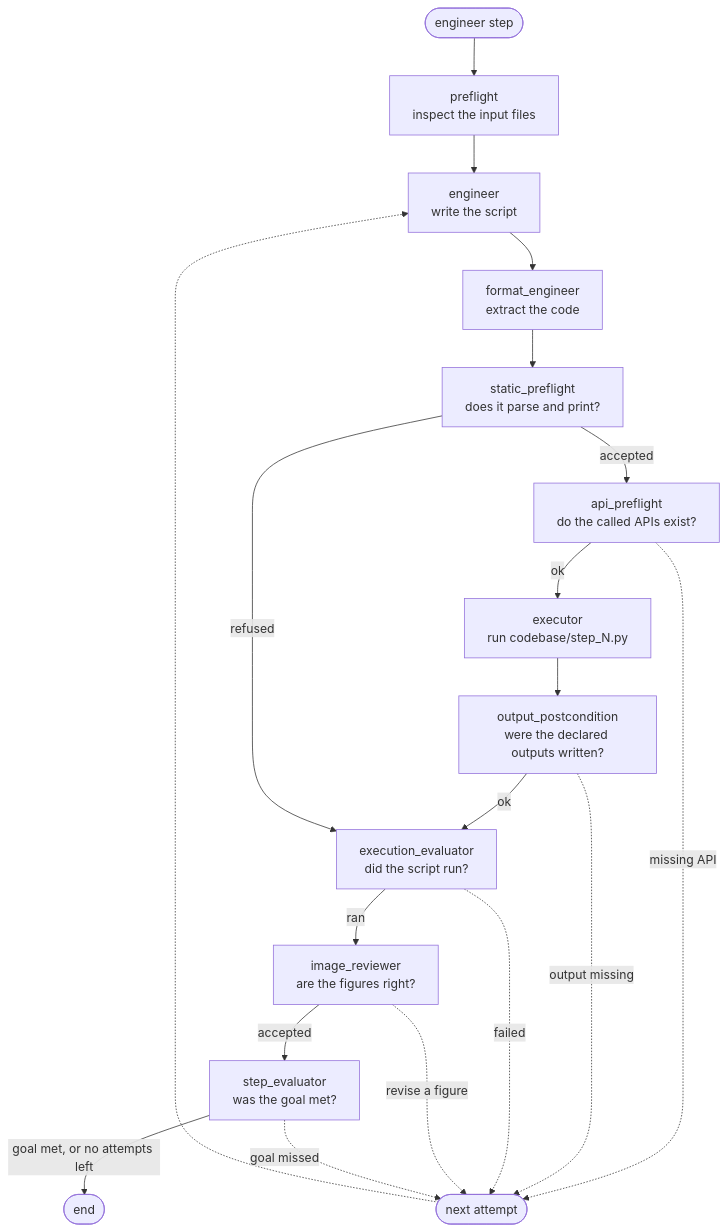
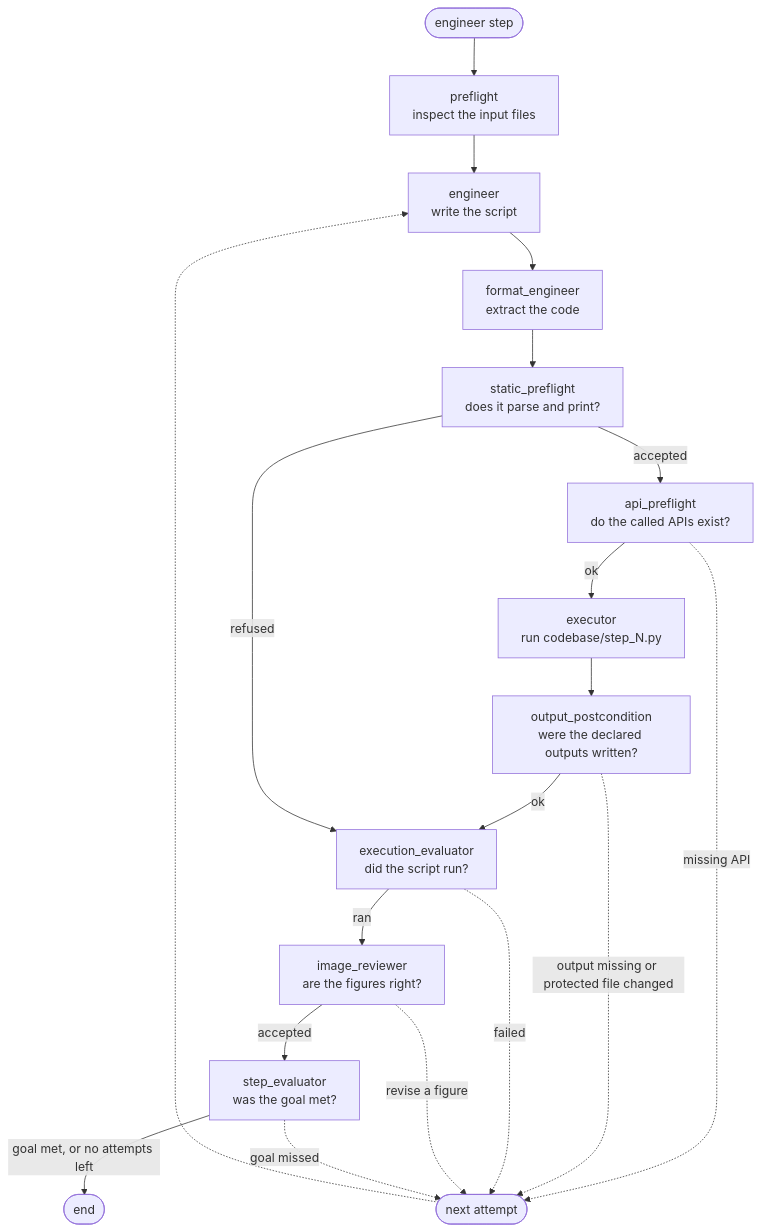
One commit to CMBAgents/cmbagent changed the fourth of 6 diagrams in README.md. Above: the diagram before and after it, drawn with Mermaid. The commit also changed other lines of this file and 1 other file, not shown here.

Commit message:
docs: output_postcondition reads declared, protected and unsure paths, accepts a file a clean earlier attempt saved, and defers to the step evaluator
ARCHITECTURE.md describes the four parts (how a sentence is read, the bounce for a changed protected file, the
earlier-attempt rule and what still does not count, the arbitration and its limit: attempts already used are not
given back). README.md updates the node's row and the retry edge.

````diff
--- a/README.md
+++ b/README.md
@@ -137,21 +137,21 @@
 ```mermaid
 flowchart TD
     start(["engineer step"]) --> preflight["preflight<br/>inspect the input files"]
     preflight --> engineer["engineer<br/>write the script"]
     engineer --> format_engineer["format_engineer<br/>extract the code"]
     format_engineer --> static_preflight["static_preflight<br/>does it parse and print?"]
     static_preflight -->|accepted| api_preflight["api_preflight<br/>do the called APIs exist?"]
     api_preflight -->|ok| executor["executor<br/>run codebase/step_N.py"]
     executor --> output_postcondition["output_postcondition<br/>were the declared outputs written?"]
     output_postcondition -->|ok| execution_evaluator["execution_evaluator<br/>did the script run?"]
     static_preflight -->|refused| execution_evaluator
     execution_evaluator -->|ran| image_reviewer["image_reviewer<br/>are the figures right?"]
     image_reviewer -->|accepted| step_evaluator["step_evaluator<br/>was the goal met?"]
     step_evaluator -->|"goal met, or no attempts left"| done(["end"])
     api_preflight -.->|missing API| retry
-    output_postcondition -.->|output missing| retry
+    output_postcondition -.->|output missing or protected file changed| retry
     execution_evaluator -.->|failed| retry
     image_reviewer -.->|revise a figure| retry
     step_evaluator -.->|goal missed| retry
     retry(["next attempt"]) -.-> engineer
 ```
````
